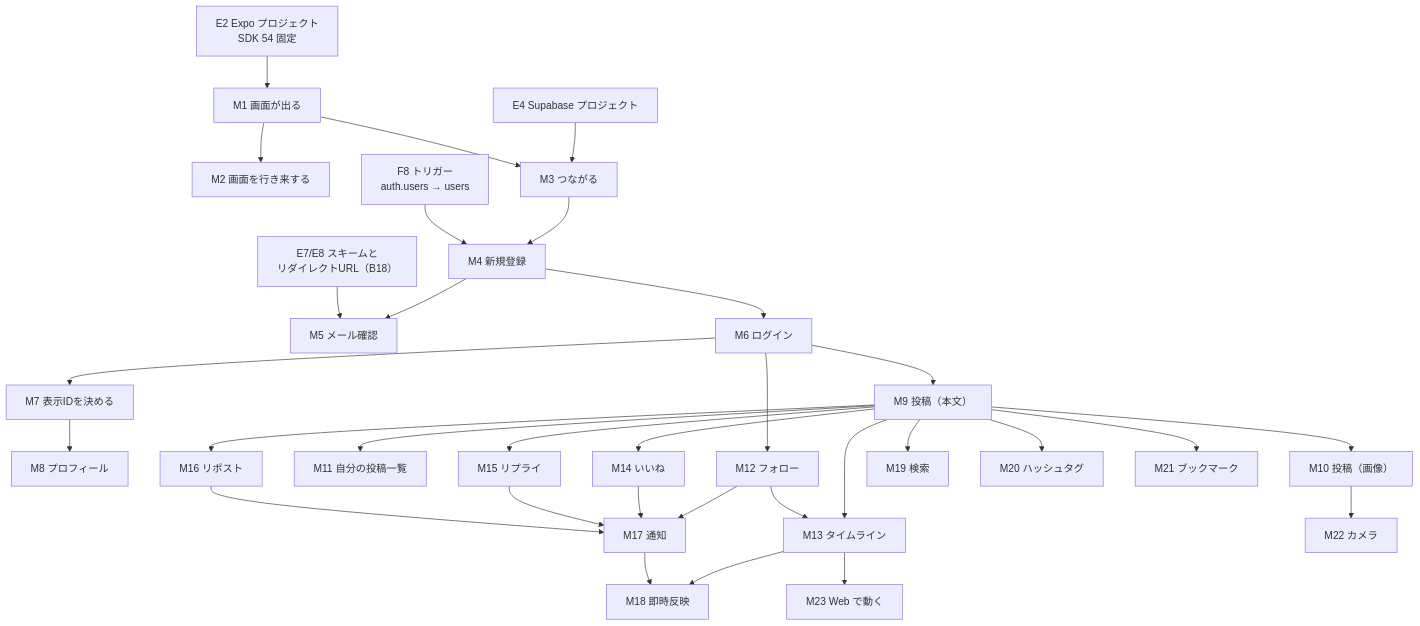
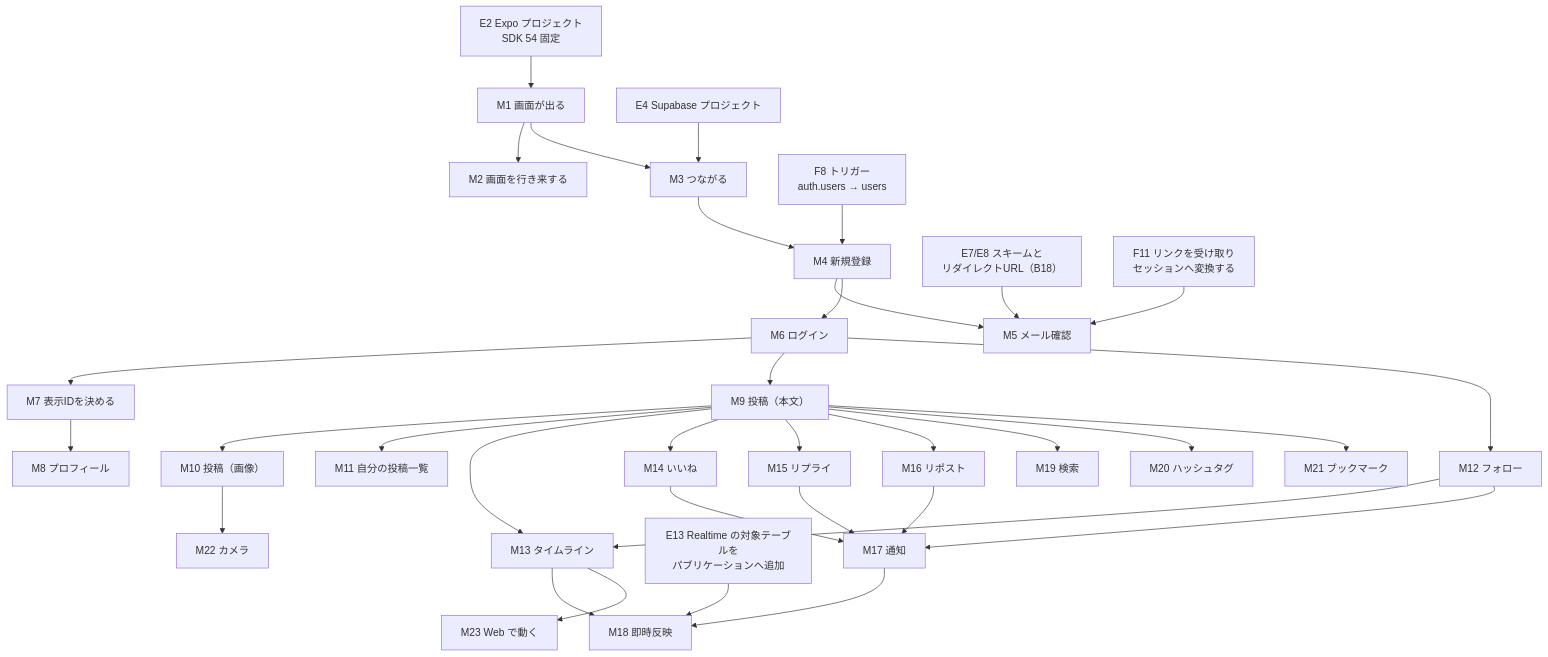
One commit to kouiso/sns-app changed the diagram in material/04_詳細設計書.md. Above: the diagram before and after it, drawn with Mermaid. The commit also changed other lines of this file and 6 other files, not shown here.

````diff
--- a/material/04_詳細設計書.md
+++ b/material/04_詳細設計書.md
@@ -428,34 +545,36 @@
 ```mermaid
 flowchart TD
   E2["E2 Expo プロジェクト<br>SDK 54 固定"] --> M1["M1 画面が出る"]
   M1 --> M2["M2 画面を行き来する"]
   E4["E4 Supabase プロジェクト"] --> M3["M3 つながる"]
   M1 --> M3
   M3 --> M4["M4 新規登録"]
   F8["F8 トリガー<br>auth.users → users"] --> M4
   M4 --> M5["M5 メール確認"]
   E7E8["E7/E8 スキームと<br>リダイレクトURL（B18）"] --> M5
+  F11["F11 リンクを受け取り<br>セッションへ変換する"] --> M5
   M4 --> M6["M6 ログイン"]
   M6 --> M7["M7 表示IDを決める"]
   M7 --> M8["M8 プロフィール"]
   M6 --> M9["M9 投稿（本文）"]
   M9 --> M10["M10 投稿（画像）"]
   M9 --> M11["M11 自分の投稿一覧"]
   M6 --> M12["M12 フォロー"]
   M9 --> M13["M13 タイムライン"]
   M12 --> M13
   M9 --> M14["M14 いいね"]
   M9 --> M15["M15 リプライ"]
   M9 --> M16["M16 リポスト"]
   M12 --> M17["M17 通知"]
   M14 --> M17
   M15 --> M17
   M16 --> M17
   M13 --> M18["M18 即時反映"]
   M17 --> M18
+  E13["E13 Realtime の対象テーブルを<br>パブリケーションへ追加"] --> M18
   M9 --> M19["M19 検索"]
   M9 --> M20["M20 ハッシュタグ"]
   M9 --> M21["M21 ブックマーク"]
   M10 --> M22["M22 カメラ"]
   M13 --> M23["M23 Web で動く"]
 ```
````
